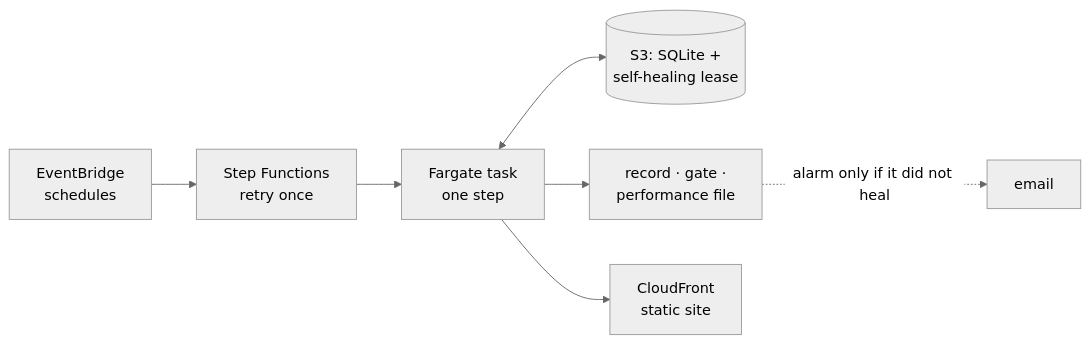
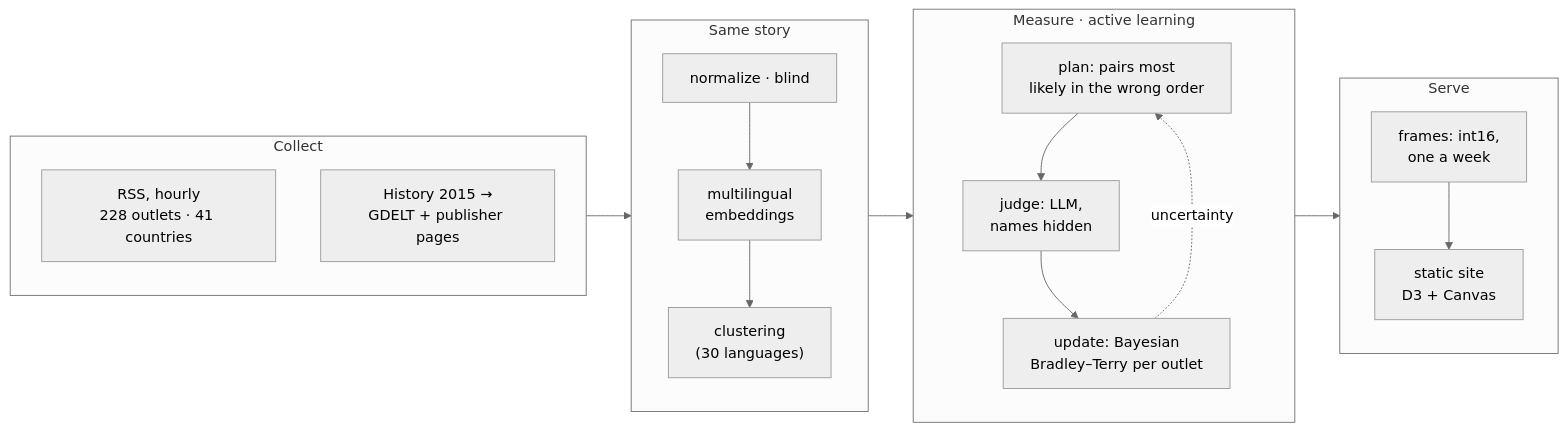
The diagram in README.md (axelsolhall/BasedNews), drawn with Mermaid (neutral theme) before and after one commit. The commit also changed other lines of this file and 22 other files, not shown here.

````diff
--- a/README.md
+++ b/README.md
@@ -354,8 +50,22 @@
 ```mermaid
 flowchart LR
-  eb["EventBridge<br/>schedules"] --> sf["Step Functions<br/>retry once"] --> ft["Fargate task<br/>one step"]
-  ft <--> s3[("S3: SQLite +<br/>self-healing lease")]
-  ft --> rec["record · gate ·<br/>performance file"]
-  ft --> cdn["CloudFront<br/>static site"]
-  rec -. "alarm only if it did not heal" .-> mail["email"]
+  subgraph C["Collect"]
+    direction TB
+    c1["RSS, hourly<br/>228 outlets · 41 countries"]
+    c2["History 2015 →<br/>GDELT + publisher pages"]
+  end
+  subgraph U["Same story"]
+    direction TB
+    u1["normalize · blind"] --> u2["multilingual<br/>embeddings"] --> u3["clustering<br/>(30 languages)"]
+  end
+  subgraph M["Measure · active learning"]
+    direction TB
+    m1["plan: pairs most<br/>likely in the wrong order"] --> m2["judge: LLM,<br/>names hidden"] --> m3["update: Bayesian<br/>Bradley–Terry per outlet"]
+    m3 -. uncertainty .-> m1
+  end
+  subgraph S["Serve"]
+    direction TB
+    s1["frames: int16,<br/>one a week"] --> s2["static site<br/>D3 + Canvas"]
+  end
+  C --> U --> M --> S
 ```
````
